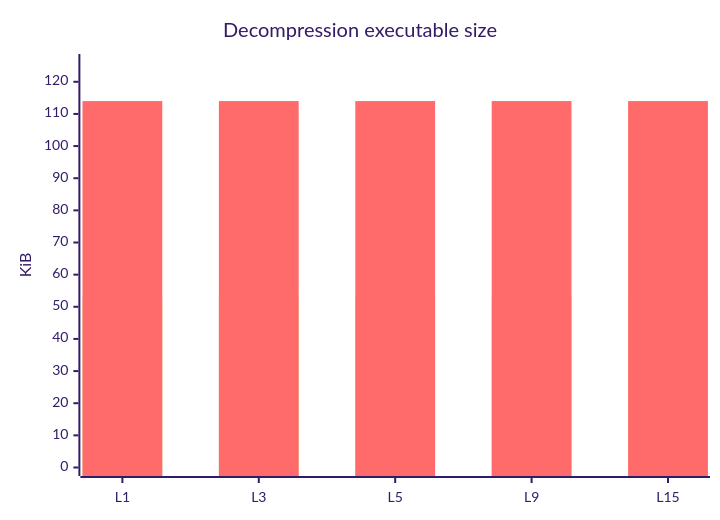
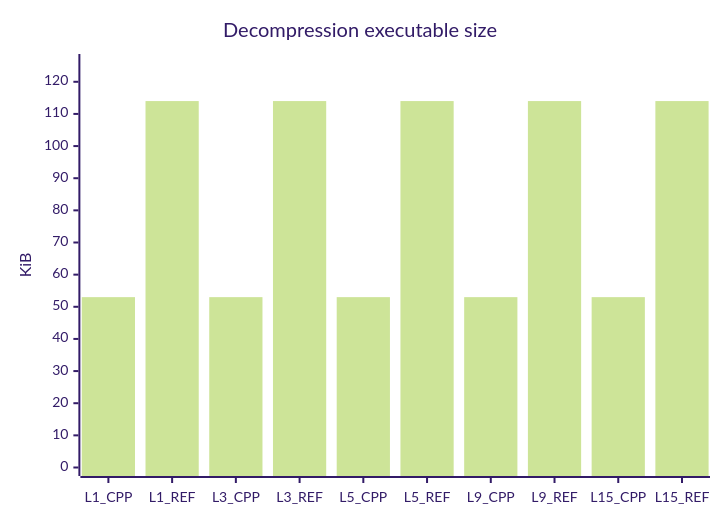
The seventh of 7 diagrams in README.md (mheyman/zstdpp), drawn with Mermaid (forest theme) before and after one commit. The commit also changed other lines of this file and 1 other file, not shown here.

````diff
--- a/README.md
+++ b/README.md
@@ -173,8 +167,7 @@
 ```mermaid
 xychart-beta
     title "Decompression executable size"
-    x-axis [L1, L3, L5, L9, L15]
+    x-axis [L1_CPP, L1_REF, L3_CPP, L3_REF, L5_CPP, L5_REF, L9_CPP, L9_REF, L15_CPP, L15_REF]
     y-axis "KiB" 0 --> 126
-    bar [53, 53, 53, 53, 53]
-    bar [114, 114, 114, 114, 114]
+    bar [53, 114, 53, 114, 53, 114, 53, 114, 53, 114]
 ```
````
